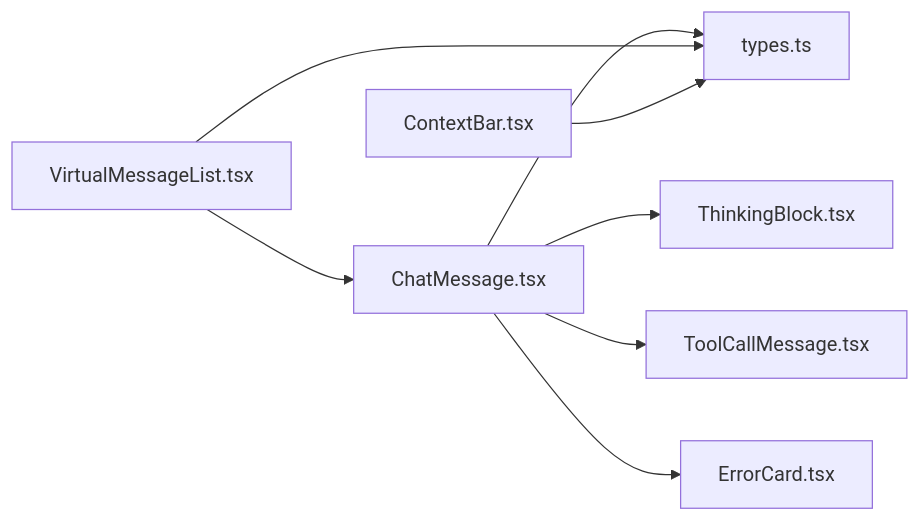
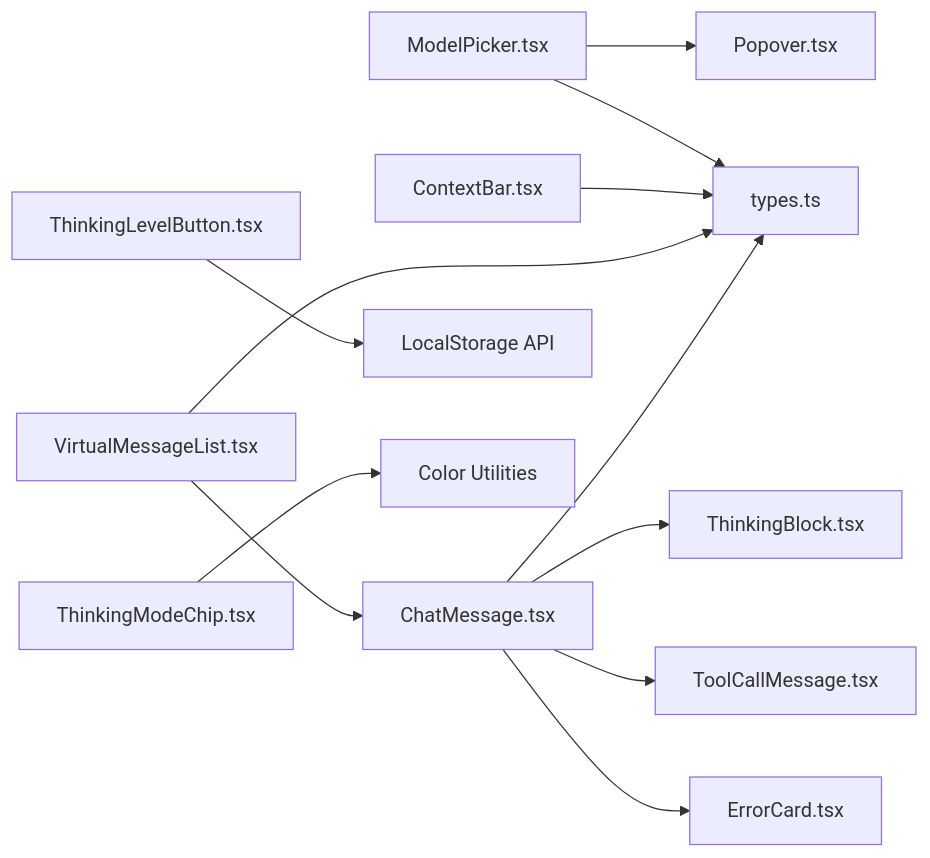
Before and after one commit to novolei/if2Ai: diagram 11 of 11 in .qoder/repowiki/en/content/Frontend Application/UI Component Library/Chat Interface Components.md, drawn with Mermaid. The commit also changed other lines of this file and 32 other files, not shown here.

````diff
--- a/.qoder/repowiki/en/content/Frontend Application/UI Component Library/Chat Interface Components.md
+++ b/.qoder/repowiki/en/content/Frontend Application/UI Component Library/Chat Interface Components.md
@@ -328,10 +500,14 @@
 ```mermaid
 graph LR
 CM["ChatMessage.tsx"] --> TB["ThinkingBlock.tsx"]
 CM --> TCM["ToolCallMessage.tsx"]
 CM --> ERR["ErrorCard.tsx"]
 CM --> T["types.ts"]
 VM["VirtualMessageList.tsx"] --> T
 VM --> CM
 CB["ContextBar.tsx"] --> T
+MP["ModelPicker.tsx"] --> POP["Popover.tsx"]
+MP --> T
+TLB["ThinkingLevelButton.tsx"] --> LS["LocalStorage API"]
+TMC["ThinkingModeChip.tsx"] --> COLORS["Color Utilities"]
 ```
````
